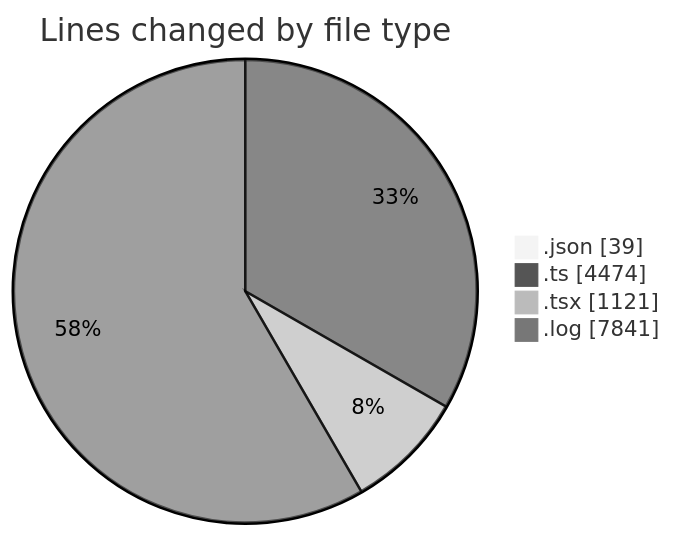
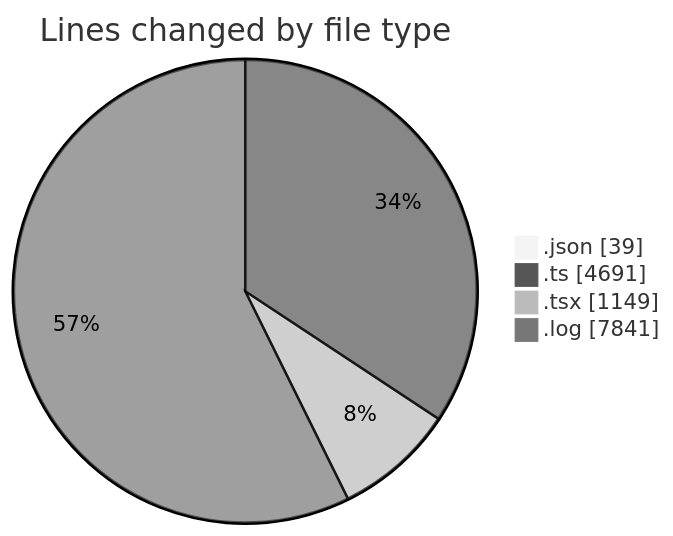
The first of 2 diagrams in 2025-09-13/napxuvn/README.md (lephambinh05/code-tracking), drawn with Mermaid (neutral theme) before and after one commit. The commit also changed other lines of this file and 1 other file, not shown here.

````diff
--- a/2025-09-13/napxuvn/README.md
+++ b/2025-09-13/napxuvn/README.md
@@ -43,8 +46,8 @@
 ```mermaid
 pie showData
 title Lines changed by file type
 ".json" : 39
-".ts" : 4474
-".tsx" : 1121
+".ts" : 4691
+".tsx" : 1149
 ".log" : 7841
 ```
````
